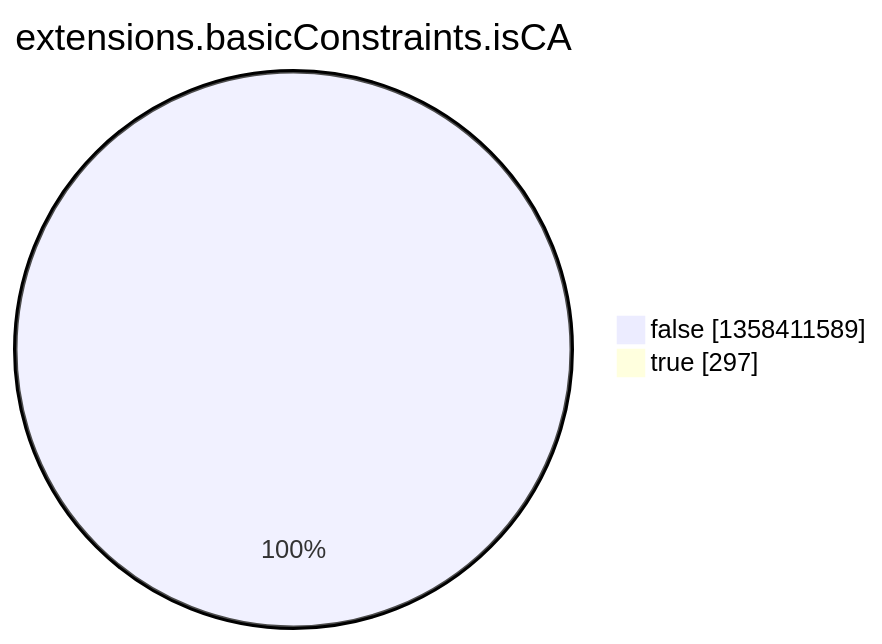
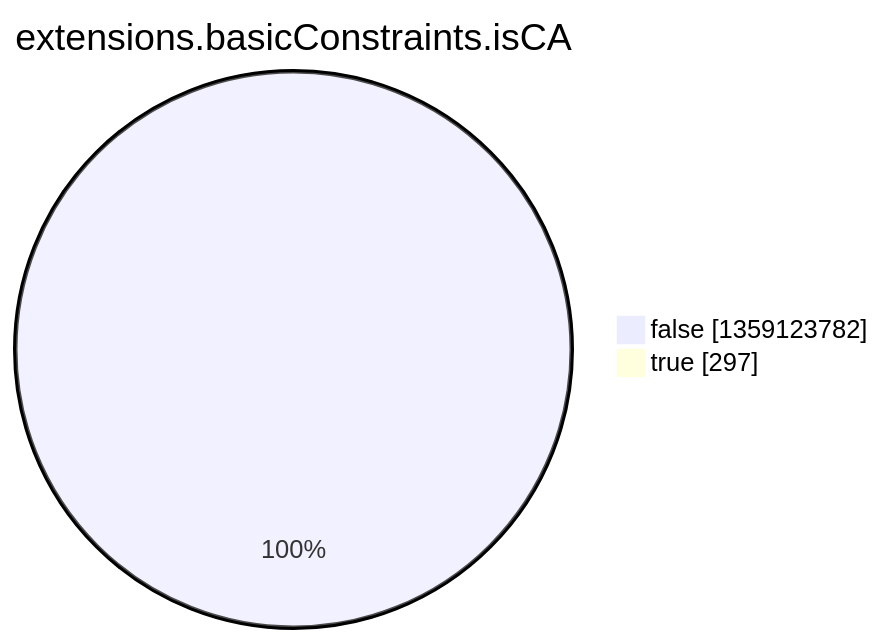
One commit to christiankrug/ctmonitor_visualization changed the eighth of 15 diagrams in argon2022/README.md. Above: the diagram before and after it, drawn with Mermaid. The commit also changed other lines of this file, not shown here.

````diff
--- a/argon2022/README.md
+++ b/argon2022/README.md
@@ -2758,6 +2758,6 @@
 ```mermaid
 pie showData
 title extensions.basicConstraints.isCA
-"false" :1358411589
+"false" :1359123782
 "true" :297
 ```
````
